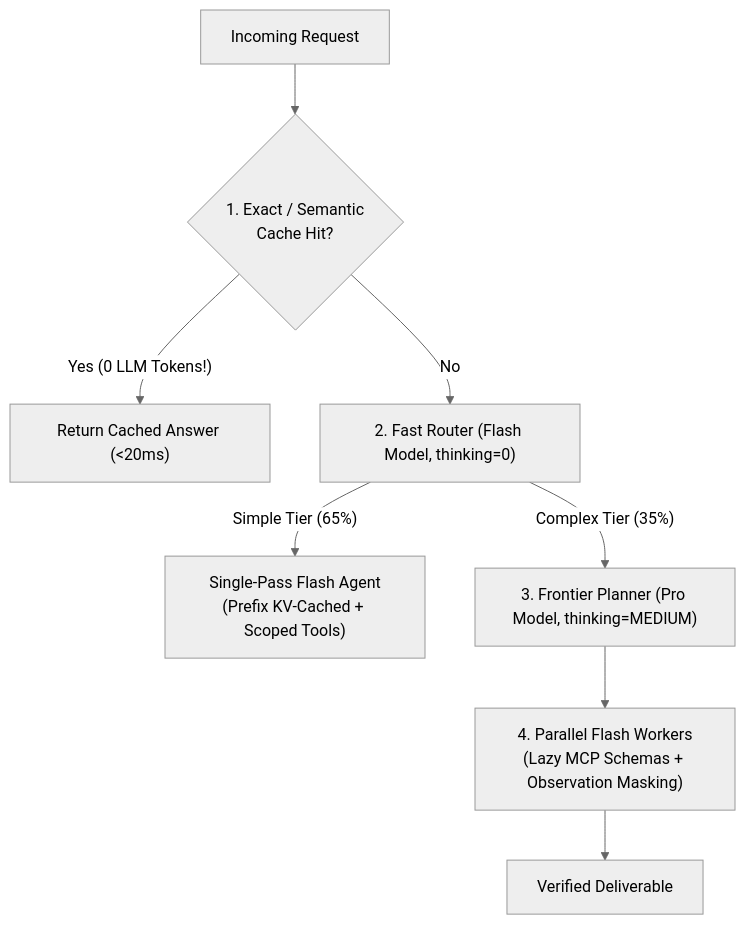
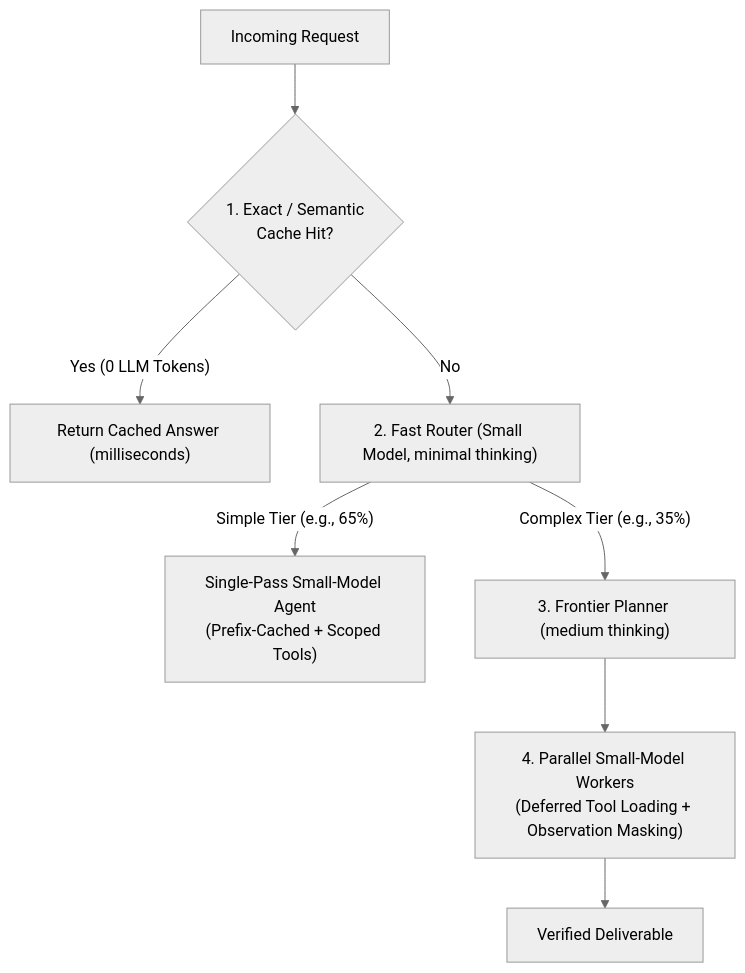
Before and after one commit to Rajdipc/agentic-ai-orchestration-patterns: the second of 2 diagrams in chapter-13-agentic-finops-and-tokenomics.md, drawn with Mermaid (neutral theme). The commit also changed other lines of this file and 18 other files, not shown here.

````diff
--- a/chapter-13-agentic-finops-and-tokenomics.md
+++ b/chapter-13-agentic-finops-and-tokenomics.md
@@ -61,10 +82,10 @@
 ```mermaid
 flowchart TD
-    Req["Incoming Request"] --> Cache{"1. Exact / Semantic\nCache Hit?"}
-    Cache -- "Yes (0 LLM Tokens!)" --> FastOut["Return Cached Answer (<20ms)"]
-    Cache -- "No" --> Router["2. Fast Router (Flash Model, thinking=0)"]
-    Router -- "Simple Tier (65%)" --> Flash["Single-Pass Flash Agent\n(Prefix KV-Cached + Scoped Tools)"]
-    Router -- "Complex Tier (35%)" --> Plan["3. Frontier Planner (Pro Model, thinking=MEDIUM)"]
-    Plan --> Workers["4. Parallel Flash Workers\n(Lazy MCP Schemas + Observation Masking)"]
+    Req["Incoming Request"] --> Cache{"1. Exact / Semantic<br/>Cache Hit?"}
+    Cache -- "Yes (0 LLM Tokens)" --> FastOut["Return Cached Answer (milliseconds)"]
+    Cache -- "No" --> Router["2. Fast Router (Small Model, minimal thinking)"]
+    Router -- "Simple Tier (e.g., 65%)" --> Flash["Single-Pass Small-Model Agent<br/>(Prefix-Cached + Scoped Tools)"]
+    Router -- "Complex Tier (e.g., 35%)" --> Plan["3. Frontier Planner (medium thinking)"]
+    Plan --> Workers["4. Parallel Small-Model Workers<br/>(Deferred Tool Loading + Observation Masking)"]
     Workers --> Out["Verified Deliverable"]
 ```
````
